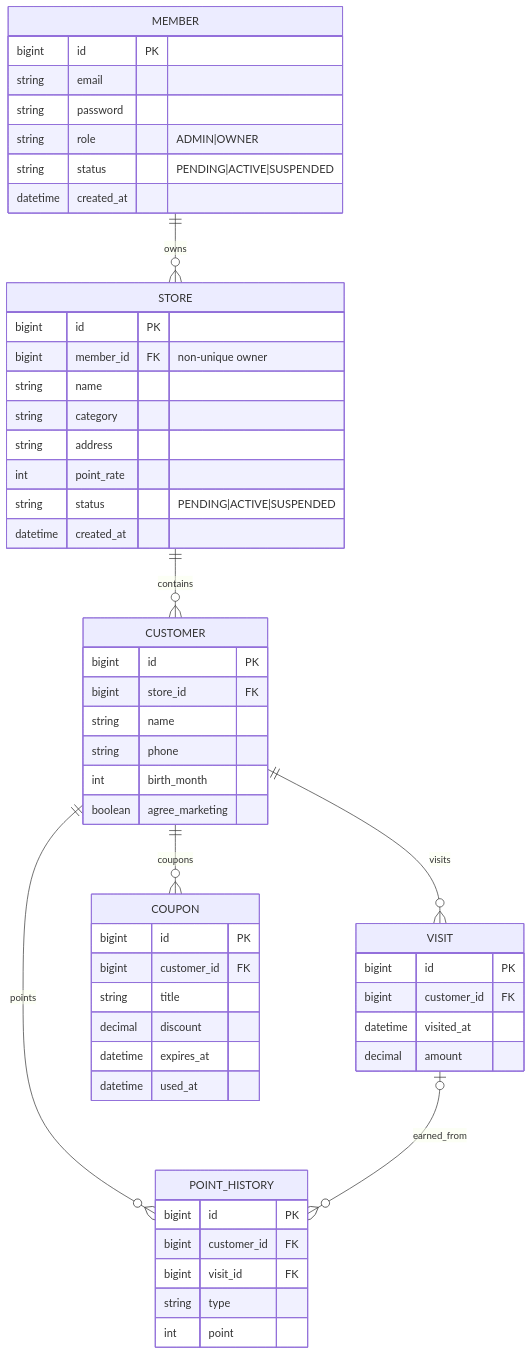
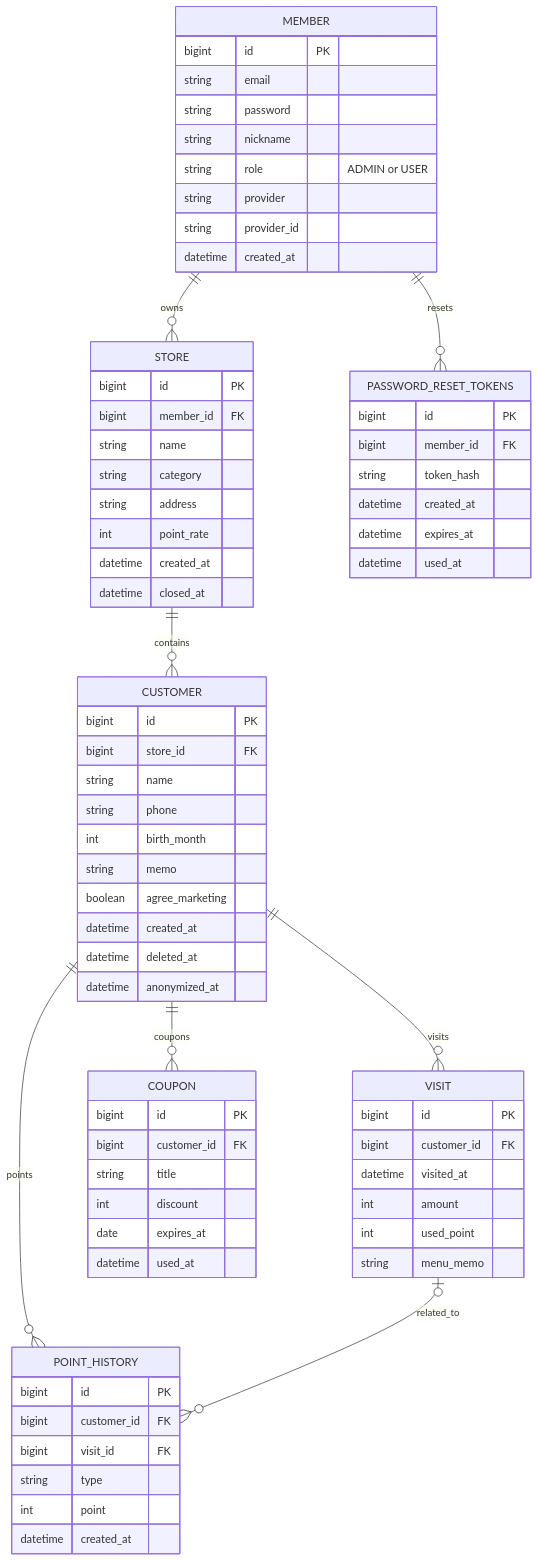
One commit to sm-k-dev/team1crm changed the diagram in docs/architecture/04_SaaS_ERD.md. Above: the diagram before and after it, drawn with Mermaid. The commit also changed other lines of this file and 12 other files, not shown here.

````diff
--- a/docs/architecture/04_SaaS_ERD.md
+++ b/docs/architecture/04_SaaS_ERD.md
@@ -3,15 +5,17 @@
 ```mermaid
 erDiagram
  MEMBER ||--o{ STORE : owns
+ MEMBER ||--o{ PASSWORD_RESET_TOKENS : resets
  STORE ||--o{ CUSTOMER : contains
  CUSTOMER ||--o{ VISIT : visits
  CUSTOMER ||--o{ POINT_HISTORY : points
  CUSTOMER ||--o{ COUPON : coupons
- VISIT o|--o{ POINT_HISTORY : earned_from
- MEMBER { bigint id PK string email string password string role "ADMIN|OWNER" string status "PENDING|ACTIVE|SUSPENDED" datetime created_at }
- STORE { bigint id PK bigint member_id FK "non-unique owner" string name string category string address int point_rate string status "PENDING|ACTIVE|SUSPENDED" datetime created_at }
- CUSTOMER { bigint id PK bigint store_id FK string name string phone int birth_month boolean agree_marketing }
- VISIT { bigint id PK bigint customer_id FK datetime visited_at decimal amount }
- POINT_HISTORY { bigint id PK bigint customer_id FK bigint visit_id FK string type int point }
- COUPON { bigint id PK bigint customer_id FK string title decimal discount datetime expires_at datetime used_at }
+ VISIT o|--o{ POINT_HISTORY : related_to
+ MEMBER { bigint id PK string email string password string nickname string role "ADMIN or USER" string provider string provider_id datetime created_at }
+ STORE { bigint id PK bigint member_id FK string name string category string address int point_rate datetime created_at datetime closed_at }
+ CUSTOMER { bigint id PK bigint store_id FK string name string phone int birth_month string memo boolean agree_marketing datetime created_at datetime deleted_at datetime anonymized_at }
+ VISIT { bigint id PK bigint customer_id FK datetime visited_at int amount int used_point string menu_memo }
+ POINT_HISTORY { bigint id PK bigint customer_id FK bigint visit_id FK string type int point datetime created_at }
+ COUPON { bigint id PK bigint customer_id FK string title int discount date expires_at datetime used_at }
+ PASSWORD_RESET_TOKENS { bigint id PK bigint member_id FK string token_hash datetime created_at datetime expires_at datetime used_at }
 ```
````
